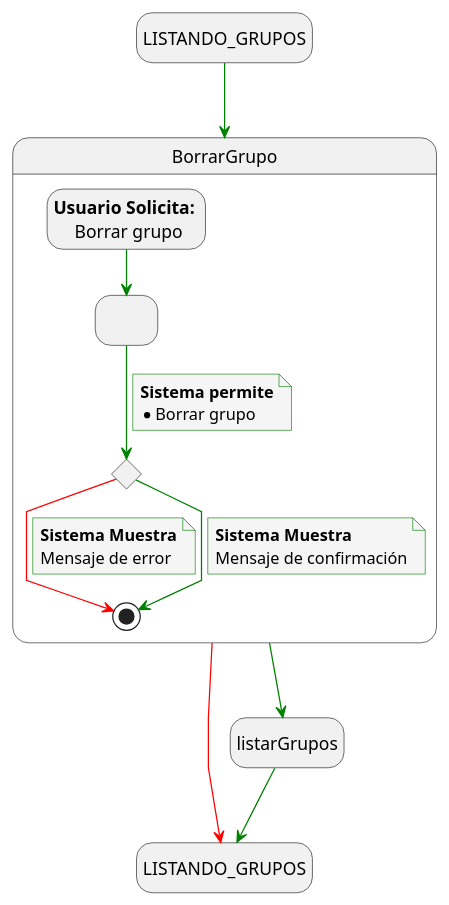
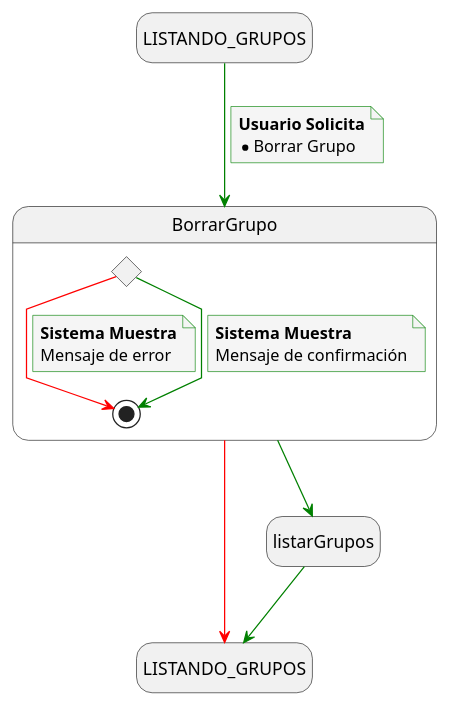
Before and after one commit to mmasias/24-25-IdSw1-SDR: the diagram in docs/casosDeUso/detalladoCasosDeUso/detalladoGrupos/detalladoBorrarGrupos.puml, drawn with PlantUML. The commit also changed 7 other files, not shown here.

```diff
--- a/docs/casosDeUso/detalladoCasosDeUso/detalladoGrupos/detalladoBorrarGrupos.puml
+++ b/docs/casosDeUso/detalladoCasosDeUso/detalladoGrupos/detalladoBorrarGrupos.puml
@@ -1,48 +1,42 @@
 @startuml borrar_grupo
 
 skinparam {
     NoteBackgroundColor #whiteSmoke
     ArrowColor #green
     NoteBorderColor #green
     linetype polyline
 }
 
 hide empty description
 
 state startState as "LISTANDO_GRUPOS"
 state endState as "LISTANDO_GRUPOS"
 state listarGrupos as "listarGrupos"
 
 startState --> BorrarGrupo
+note on link
+    <b>Usuario Solicita</b>
+    * Borrar Grupo
+end note
 
 BorrarGrupo -[#red]-> endState
 BorrarGrupo --> listarGrupos
 listarGrupos --> endState
 
 state BorrarGrupo {
-    state solicitudFiltros as " "
     state revisionFiltrosEnviados <<choice>>
-    state usuarioSolicita as "<b>Usuario Solicita:</b> \n Borrar grupo"
-
-    usuarioSolicita --> solicitudFiltros
-
-    solicitudFiltros --> revisionFiltrosEnviados
-    note on link
-        <b>Sistema permite</b>
-        * Borrar grupo
-    end note
 
     revisionFiltrosEnviados -[#red]-> [*]
     note on link
         <b>Sistema Muestra</b>
         Mensaje de error
     end note
 
     revisionFiltrosEnviados --> [*]
     note on link
         <b>Sistema Muestra</b>
         Mensaje de confirmación
     end note
 }
 
 @enduml
```
